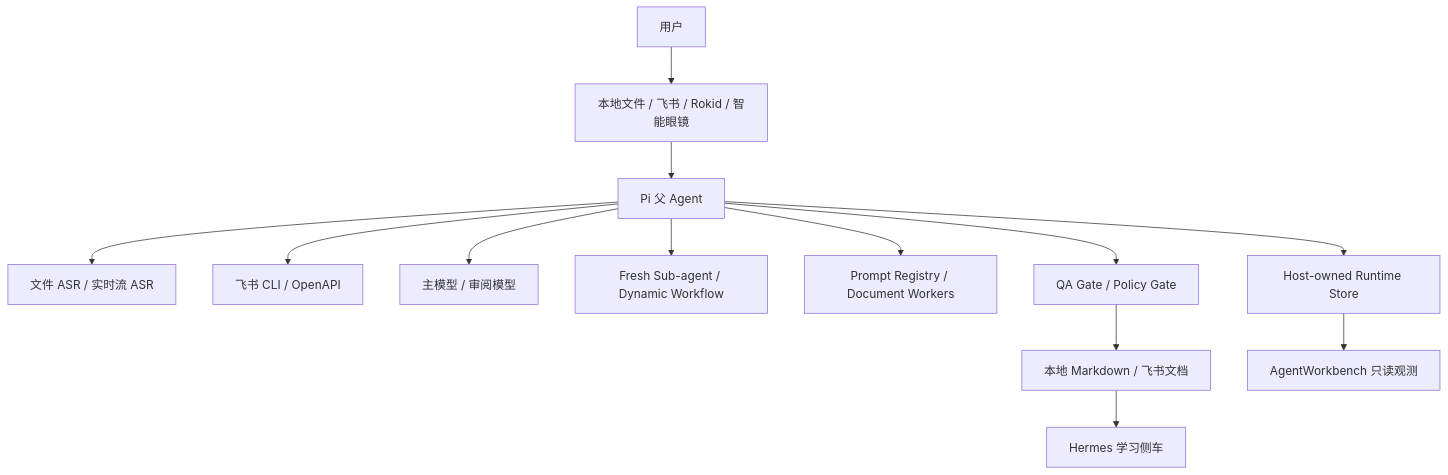
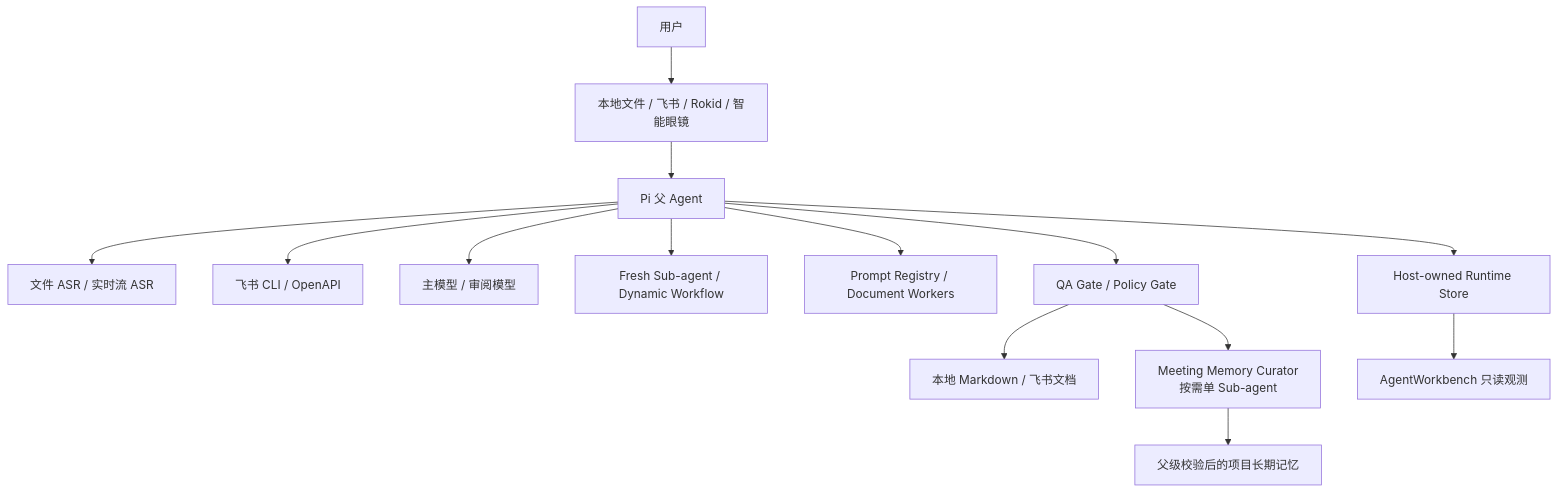
The first of 9 diagrams in wiki/02-agent-architecture.md (DESONGs/assignment-agent), drawn with Mermaid before and after one commit. The commit also changed other lines of this file and 53 other files, not shown here.

Commit message:
feat: replace Hermes with evidence-backed meeting memory

````diff
--- a/wiki/02-agent-architecture.md
+++ b/wiki/02-agent-architecture.md
@@ -20,15 +20,16 @@
 ```mermaid
 flowchart TB
     User["用户"] --> Channels["本地文件 / 飞书 / Rokid / 智能眼镜"]
     Channels --> Parent["Pi 父 Agent"]
     Parent --> Media["文件 ASR / 实时流 ASR"]
     Parent --> Lark["飞书 CLI / OpenAPI"]
     Parent --> Models["主模型 / 审阅模型"]
     Parent --> Children["Fresh Sub-agent / Dynamic Workflow"]
     Parent --> Docs["Prompt Registry / Document Workers"]
     Parent --> Store["Host-owned Runtime Store"]
     Parent --> QA["QA Gate / Policy Gate"]
     QA --> Delivery["本地 Markdown / 飞书文档"]
-    Delivery --> Hermes["Hermes 学习侧车"]
+    QA --> Curator["Meeting Memory Curator\n按需单 Sub-agent"]
+    Curator --> Memory["父级校验后的项目长期记忆"]
     Store --> Workbench["AgentWorkbench 只读观测"]
 ```
````
